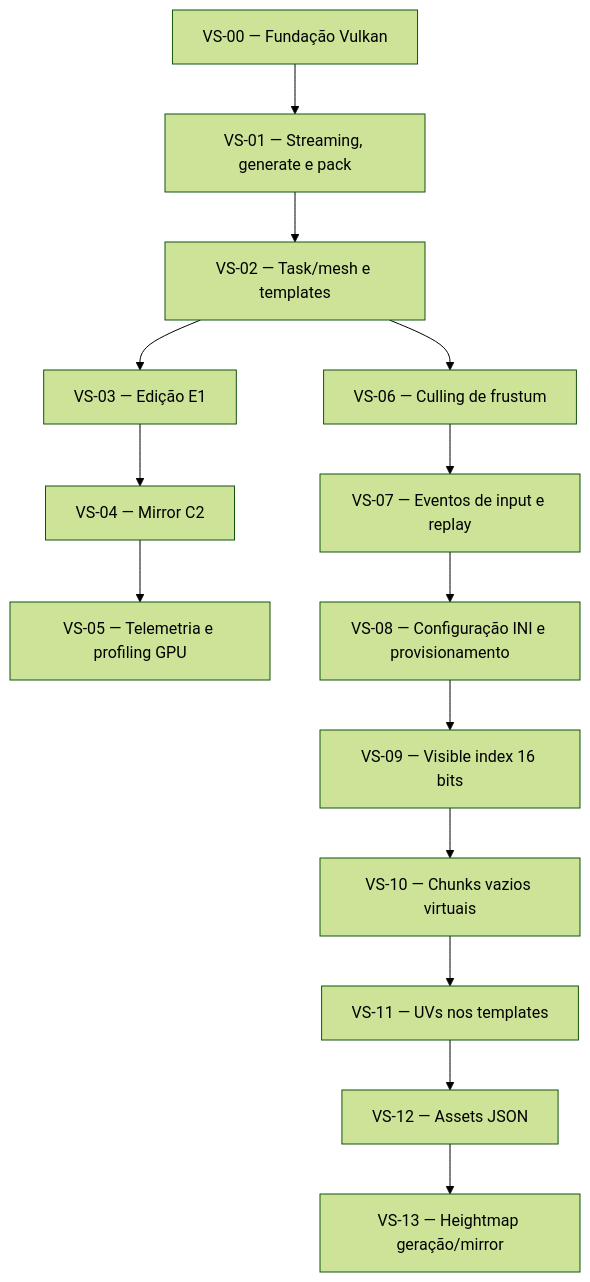
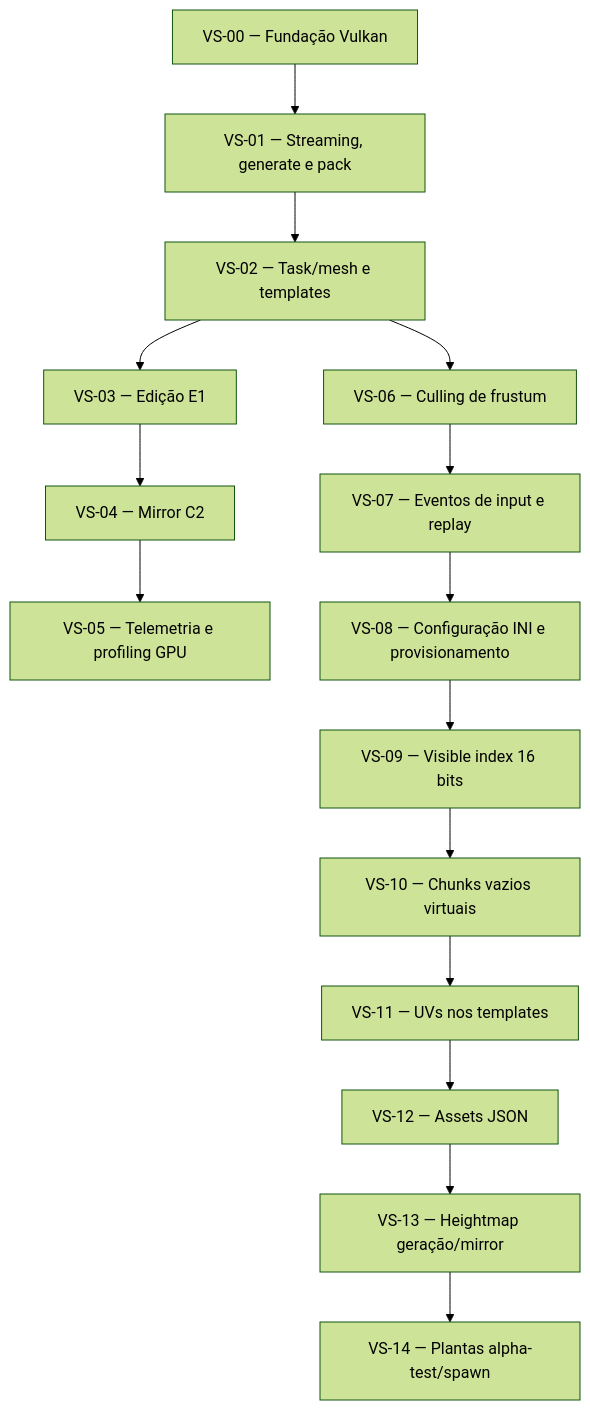
One commit to Ruannilton/vox changed the diagram in docs/obsidian/tracking/dependencias.md. Above: the diagram before and after it, drawn with Mermaid (forest theme). The commit also changed other lines of this file and 21 other files, not shown here.

Commit message:
VS-14: plantas — alpha-test e spawn determinístico

````diff
--- a/docs/obsidian/tracking/dependencias.md
+++ b/docs/obsidian/tracking/dependencias.md
@@ -7,31 +7,33 @@
 ```mermaid
 graph TD
     VS00[VS-00 — Fundação Vulkan]
     VS01[VS-01 — Streaming, generate e pack]
     VS02[VS-02 — Task/mesh e templates]
     VS03[VS-03 — Edição E1]
     VS04[VS-04 — Mirror C2]
     VS05[VS-05 — Telemetria e profiling GPU]
     VS06[VS-06 — Culling de frustum]
     VS07[VS-07 — Eventos de input e replay]
     VS08[VS-08 — Configuração INI e provisionamento]
     VS09[VS-09 — Visible index 16 bits]
     VS10[VS-10 — Chunks vazios virtuais]
     VS11[VS-11 — UVs nos templates]
     VS12[VS-12 — Assets JSON]
     VS13[VS-13 — Heightmap geração/mirror]
+    VS14[VS-14 — Plantas alpha-test/spawn]
 
     VS00 --> VS01
     VS01 --> VS02
     VS02 --> VS03
     VS03 --> VS04
     VS04 --> VS05
     VS02 --> VS06
     VS06 --> VS07
     VS07 --> VS08
     VS08 --> VS09
     VS09 --> VS10
     VS10 --> VS11
     VS11 --> VS12
     VS12 --> VS13
+    VS13 --> VS14
 ```
````
